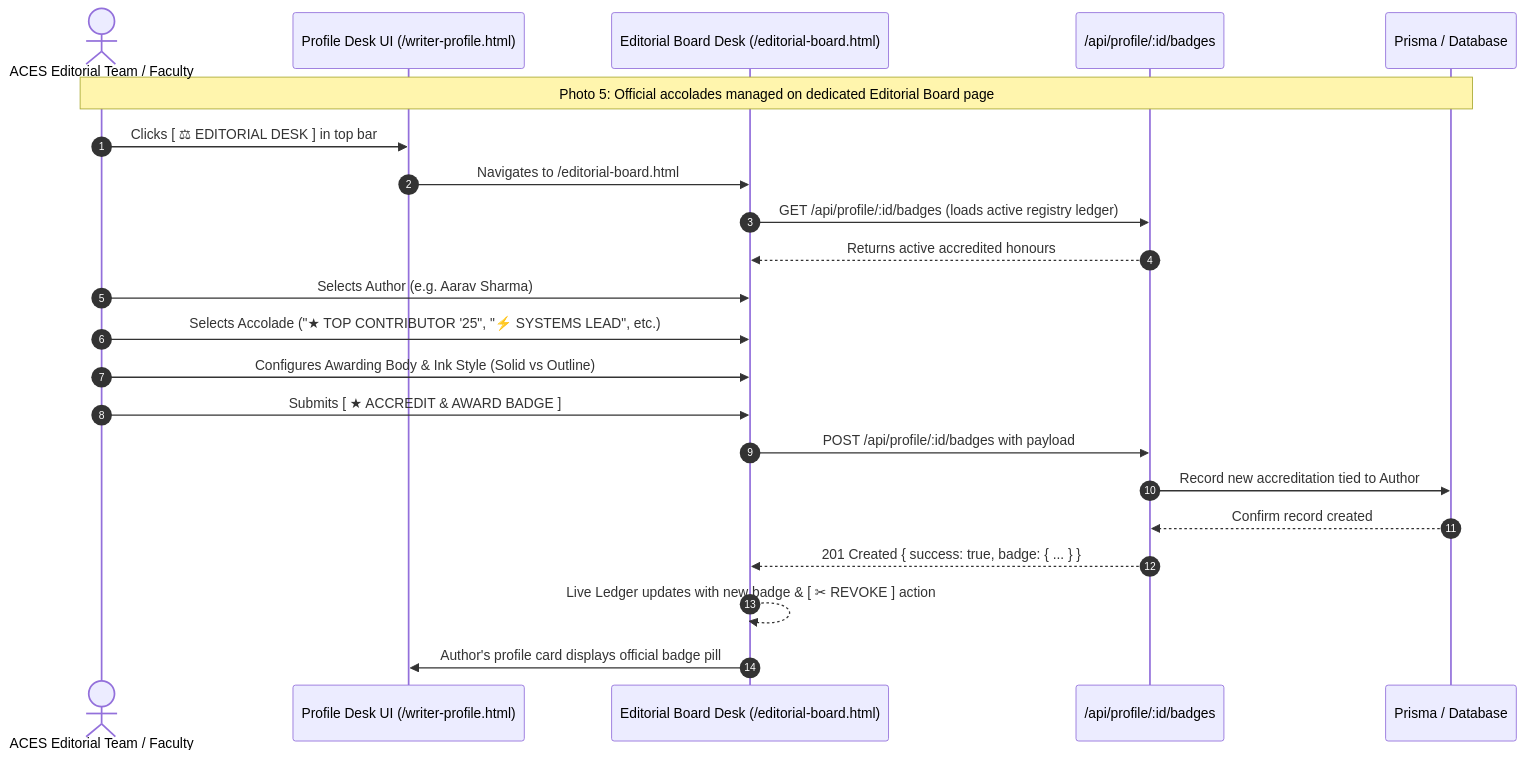
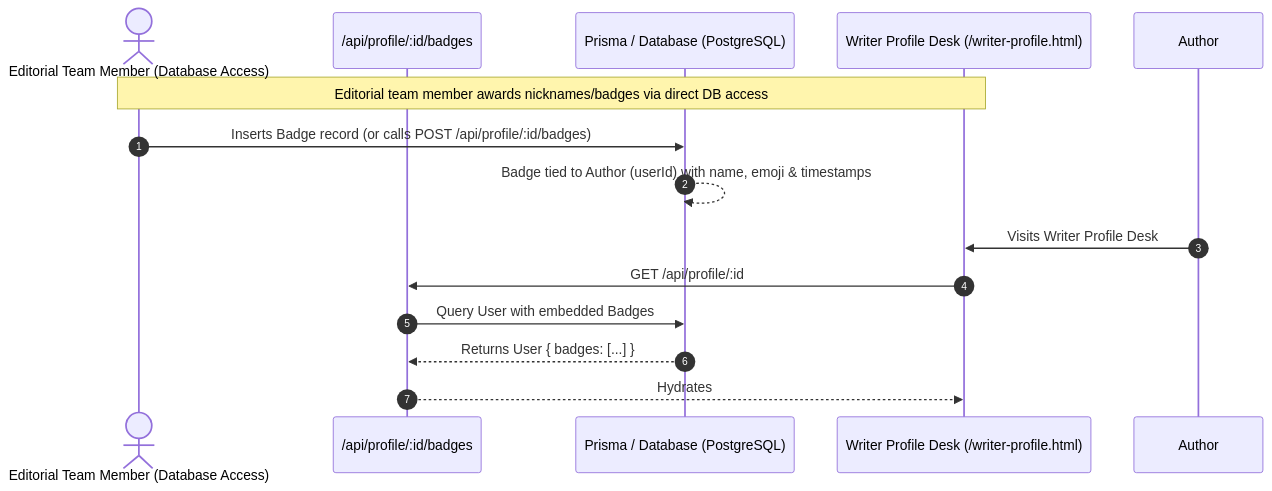
One commit to ACES-PVGCOET/aces-blogs-frontend changed the fourth of 4 diagrams in connections.md. Above: the diagram before and after it, drawn with Mermaid. The commit also changed other lines of this file and 5 other files, not shown here.

Commit message:
Refine writer profile: clean modal popups, theme sync, and connect editor hook

````diff
--- a/connections.md
+++ b/connections.md
@@ -129,28 +117,18 @@
 ```mermaid
 sequenceDiagram
     autonumber
-    actor Editorial as ACES Editorial Team / Faculty
-    participant Desk as Profile Desk UI (/writer-profile.html)
-    participant BoardPage as Editorial Board Desk (/editorial-board.html)
+    actor EditorialAdmin as Editorial Team Member (Database Access)
     participant API as /api/profile/:id/badges
-    participant DB as Prisma / Database
+    participant DB as Prisma / Database (PostgreSQL)
+    participant Desk as Writer Profile Desk (/writer-profile.html)
 
-    Note over Editorial,DB: Photo 5: Official accolades managed on dedicated Editorial Board page
-    Editorial->>Desk: Clicks [ ⚖ EDITORIAL DESK ] in top bar
-    Desk->>BoardPage: Navigates to /editorial-board.html
-    BoardPage->>API: GET /api/profile/:id/badges (loads active registry ledger)
-    API-->>BoardPage: Returns active accredited honours
+    Note over EditorialAdmin,Desk: Editorial team member awards nicknames/badges via direct DB access
+    EditorialAdmin->>DB: Inserts Badge record (or calls POST /api/profile/:id/badges)
+    DB-->>DB: Badge tied to Author (userId) with name, emoji & timestamps
 
-    Editorial->>BoardPage: Selects Author (e.g. Aarav Sharma)
-    Editorial->>BoardPage: Selects Accolade ("★ TOP CONTRIBUTOR '25", "⚡ SYSTEMS LEAD", etc.)
-    Editorial->>BoardPage: Configures Awarding Body & Ink Style (Solid vs Outline)
-    Editorial->>BoardPage: Submits [ ★ ACCREDIT & AWARD BADGE ]
-
-    BoardPage->>API: POST /api/profile/:id/badges with payload
-    API->>DB: Record new accreditation tied to Author
-    DB-->>API: Confirm record created
-    API-->>BoardPage: 201 Created { success: true, badge: { ... } }
-
-    BoardPage-->>BoardPage: Live Ledger updates with new badge & [ ✂ REVOKE ] action
-    BoardPage->>Desk: Author's profile card displays official badge pill
+    Author->>Desk: Visits Writer Profile Desk
+    Desk->>API: GET /api/profile/:id
+    API->>DB: Query User with embedded Badges
+    DB-->>API: Returns User { badges: [...] }
+    API-->>Desk: Hydrates #authorBadgesCluster with official nickname/award pills
 ```
````
